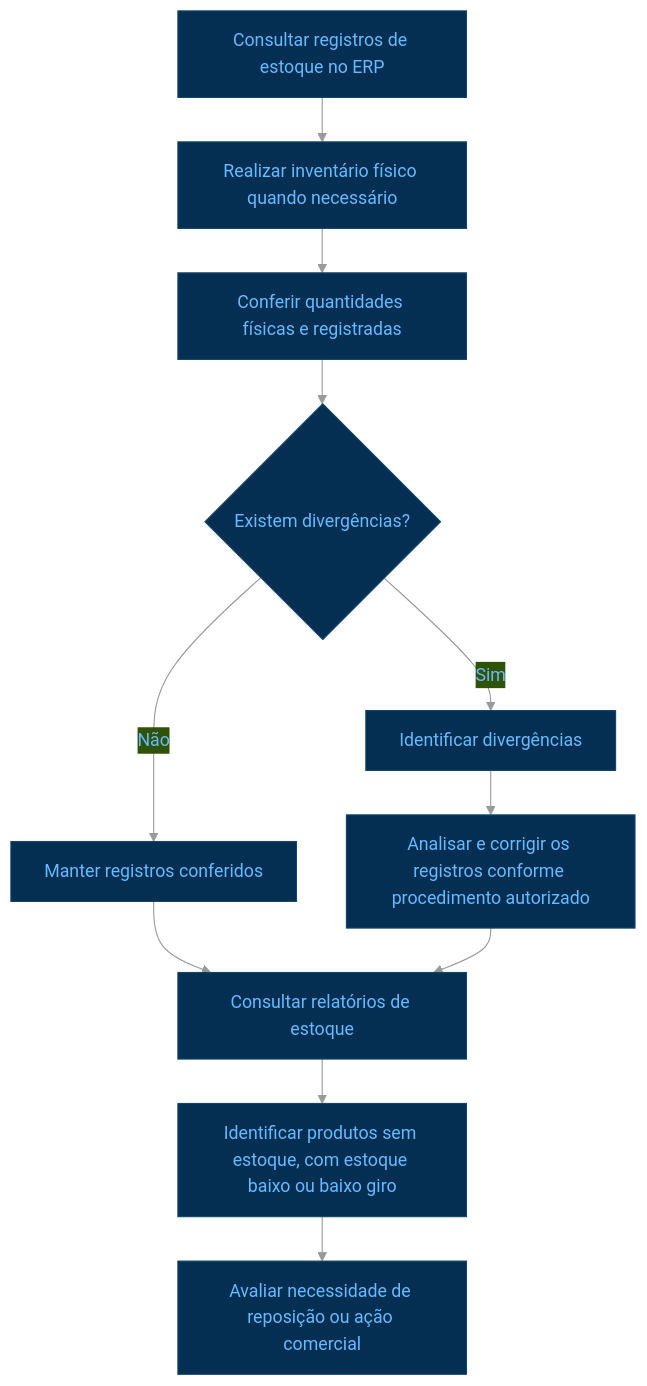
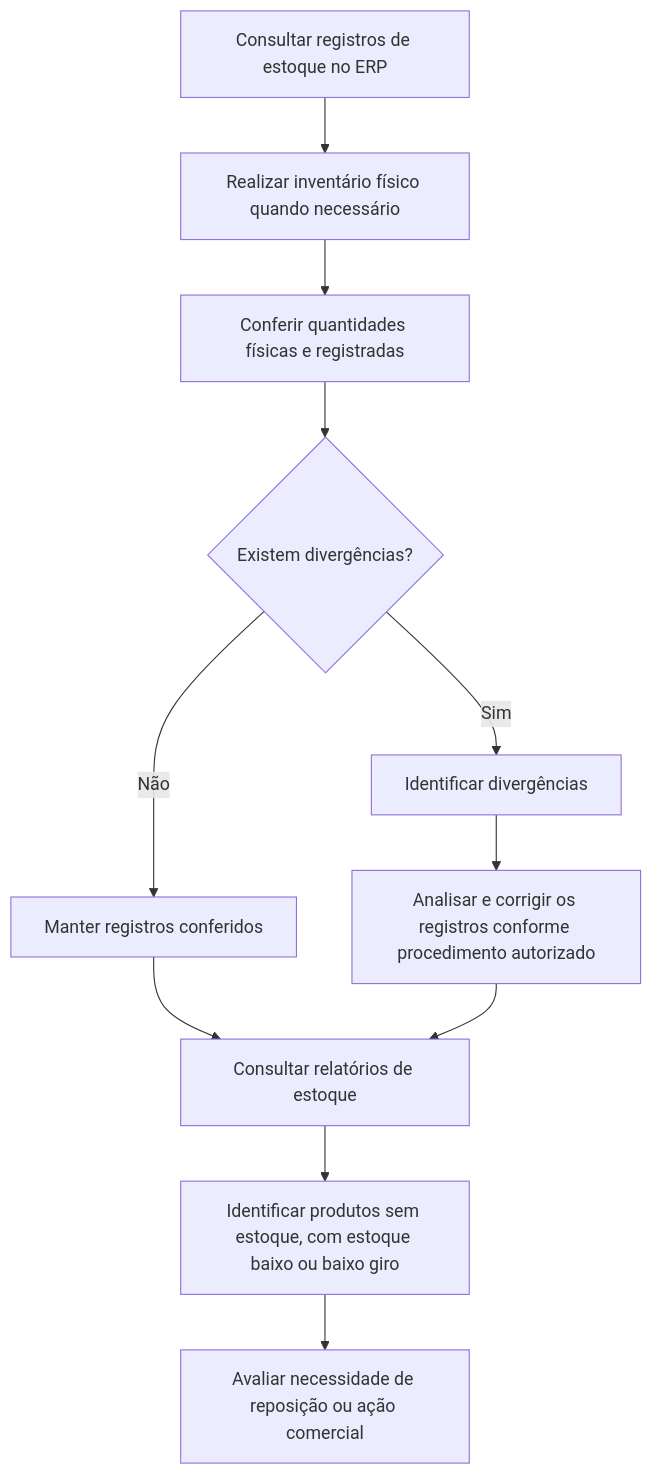
One commit to SamanthaPaula/Modelagem_BD_Ansarah changed the second of 16 diagrams in README.md. Above: the diagram before and after it, drawn with Mermaid.

````diff
--- a/README.md
+++ b/README.md
@@ -120,15 +120,15 @@
 ```mermaid
-%%{init: {"flowchart": {"htmlLabels": true, "nodeSpacing": 45, "rankSpacing": 40}, "theme": "base", "themeVariables": {"background": "#000000", "primaryColor": "#052f52", "primaryTextColor": "#66baff", "primaryBorderColor": "#12466b", "lineColor": "#999999", "fontFamily": "Arial"}}}%%
+
 flowchart TD
     A["Consultar registros de estoque no ERP"] --> B["Realizar inventário físico quando necessário"]
     B --> C["Conferir quantidades físicas e registradas"]
     C --> D{"Existem divergências?"}
     D -- "Não" --> E["Manter registros conferidos"]
     D -- "Sim" --> F["Identificar divergências"]
     F --> G["Analisar e corrigir os registros conforme procedimento autorizado"]
     E --> H["Consultar relatórios de estoque"]
     G --> H
     H --> I["Identificar produtos sem estoque, com estoque baixo ou baixo giro"]
     I --> J["Avaliar necessidade de reposição ou ação comercial"]
 
 ```
````
